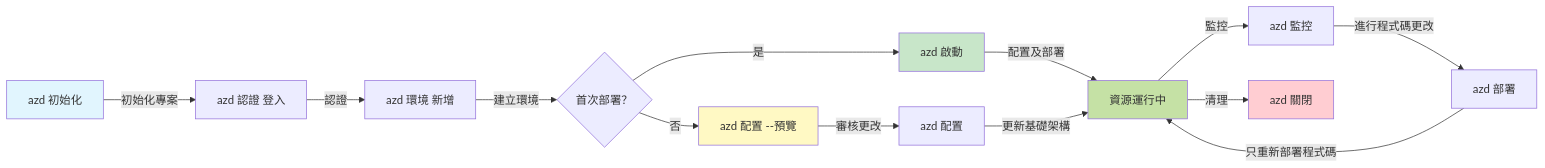
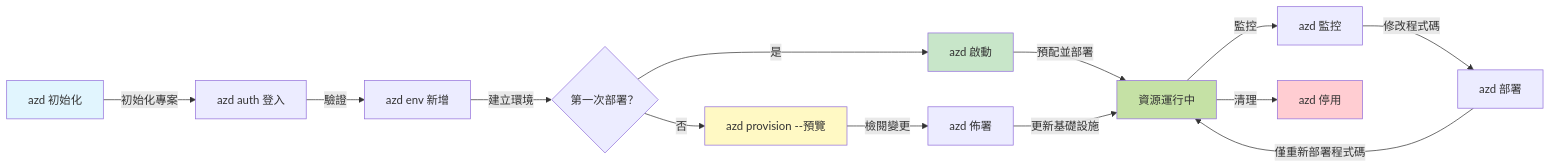
The first of 2 diagrams in translations/zh-HK/docs/chapter-01-foundation/azd-basics.md (microsoft/AZD-for-beginners), drawn with Mermaid before and after one commit. The commit also changed other lines of this file and 101 other files, not shown here.

````diff
--- a/translations/zh-HK/docs/chapter-01-foundation/azd-basics.md
+++ b/translations/zh-HK/docs/chapter-01-foundation/azd-basics.md
@@ -269,21 +269,21 @@
 ```mermaid
 graph LR
-    A[azd 初始化] -->|初始化專案| B[azd 認證 登入]
-    B -->|認證| C[azd 環境 新增]
-    C -->|建立環境| D{首次部署？}
+    A[azd 初始化] -->|初始化專案| B[azd auth 登入]
+    B -->|驗證| C[azd env 新增]
+    C -->|建立環境| D{第一次部署？}
     D -->|是| E[azd 啟動]
-    D -->|否| F[azd 配置 --預覽]
-    F -->|審核更改| G[azd 配置]
-    E -->|配置及部署| H[資源運行中]
-    G -->|更新基礎架構| H
+    D -->|否| F[azd provision --預覽]
+    F -->|檢閱變更| G[azd 佈署]
+    E -->|預配並部署| H[資源運行中]
+    G -->|更新基礎設施| H
     H -->|監控| I[azd 監控]
-    I -->|進行程式碼更改| J[azd 部署]
-    J -->|只重新部署程式碼| H
-    H -->|清理| K[azd 關閉]
+    I -->|修改程式碼| J[azd 部署]
+    J -->|僅重新部署程式碼| H
+    H -->|清理| K[azd 停用]
     
     style A fill:#e1f5fe
     style E fill:#c8e6c9
     style F fill:#fff9c4
     style H fill:#c5e1a5
     style K fill:#ffcdd2
 ```
````
